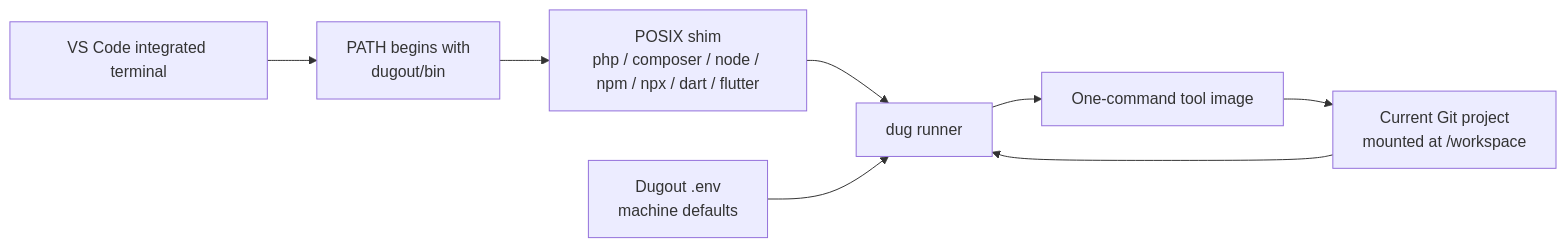
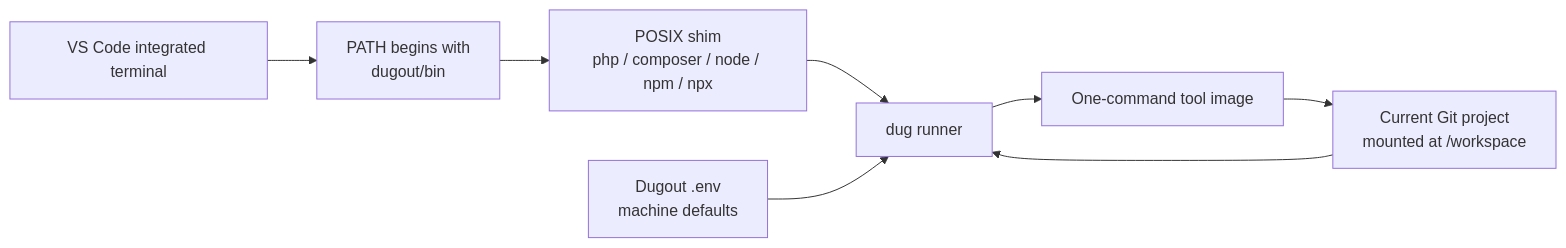
Before and after one commit to moztopia/dugout: the diagram in docs/README.md, drawn with Mermaid. The commit also changed other lines of this file and 35 other files, not shown here.

First line of the commit message:
build(tools): remove dart and flutter tool planes and local minio service

````diff
--- a/docs/README.md
+++ b/docs/README.md
@@ -20,15 +20,15 @@
 ```mermaid
 flowchart LR
     terminal["VS Code integrated terminal"]
     path["PATH begins with<br/>dugout/bin"]
-    shim["POSIX shim<br/>php / composer / node / npm / npx / dart / flutter"]
+    shim["POSIX shim<br/>php / composer / node / npm / npx"]
     runner["dug runner"]
     config["Dugout .env<br/>machine defaults"]
     image["One-command tool image"]
     project["Current Git project<br/>mounted at /workspace"]
 
     terminal --> path --> shim --> runner --> image
     config --> runner
     project --> runner
     image --> project
 ```
````
